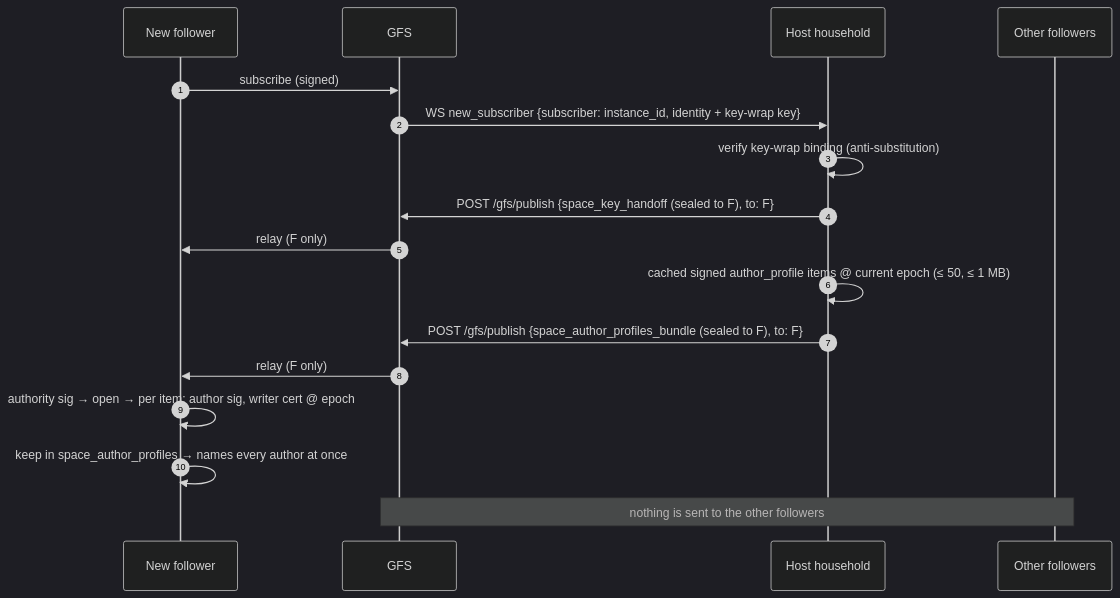
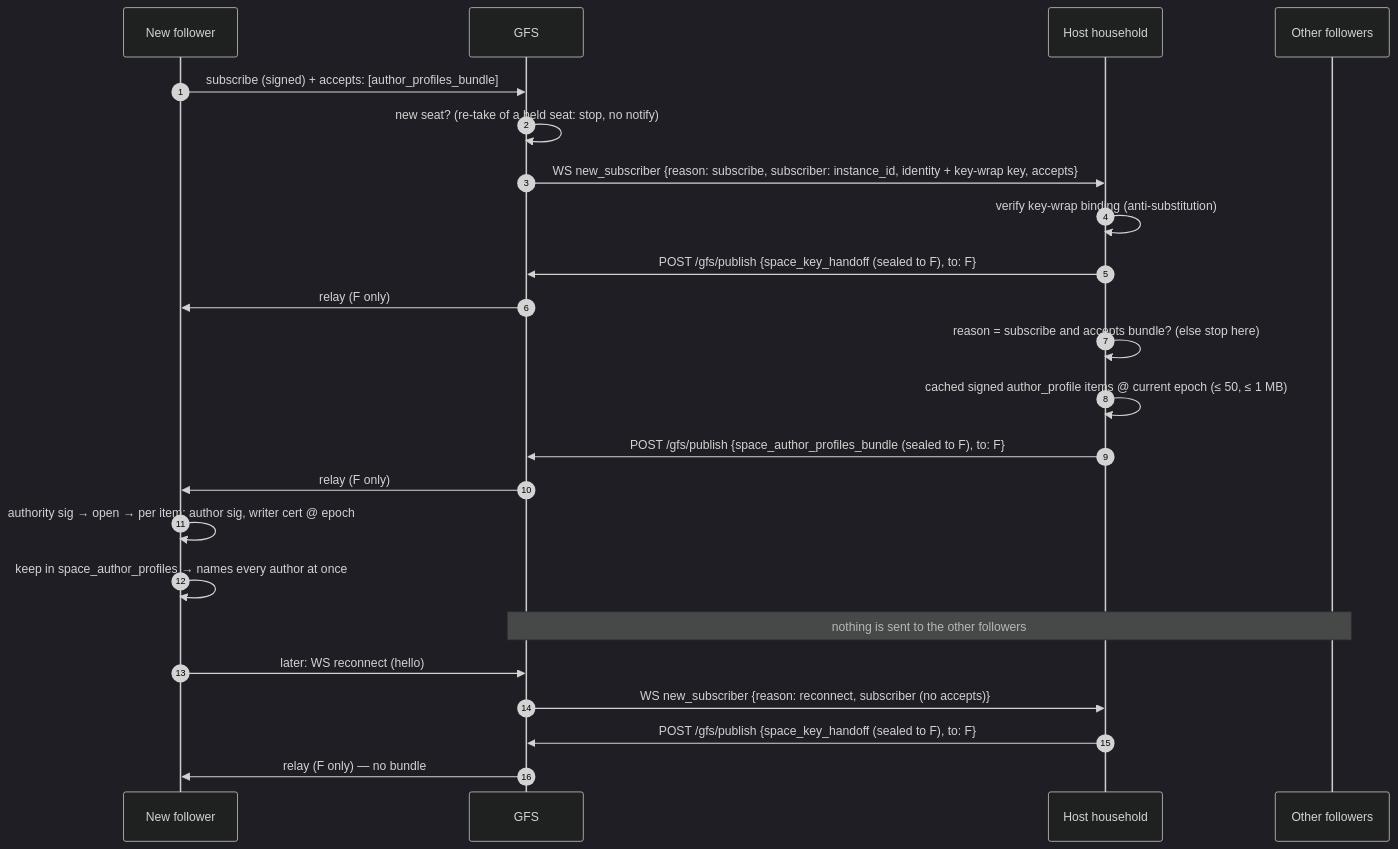
The seventh of 13 diagrams in docs/protocol/discovery.md (social-home-io/socialhome), drawn with Mermaid (dark theme) before and after one commit. The commit also changed other lines of this file and 5 other files, not shown here.

Commit message:
Docs + demo: new_subscriber reason/accepts, bundle once, reconnect step

````diff
--- a/docs/protocol/discovery.md
+++ b/docs/protocol/discovery.md
@@ -1630,20 +1669,26 @@
 ```mermaid
 sequenceDiagram
   autonumber
   participant F as New follower
   participant G as GFS
   participant H as Host household
   participant O as Other followers
 
-  F->>G: subscribe (signed)
-  G->>H: WS new_subscriber {subscriber: instance_id, identity + key-wrap key}
+  F->>G: subscribe (signed) + accepts: [author_profiles_bundle]
+  G->>G: new seat? (re-take of a held seat: stop, no notify)
+  G->>H: WS new_subscriber {reason: subscribe, subscriber: instance_id, identity + key-wrap key, accepts}
   H->>H: verify key-wrap binding (anti-substitution)
   H->>G: POST /gfs/publish {space_key_handoff (sealed to F), to: F}
   G->>F: relay (F only)
+  H->>H: reason = subscribe and accepts bundle? (else stop here)
   H->>H: cached signed author_profile items @ current epoch (≤ 50, ≤ 1 MB)
   H->>G: POST /gfs/publish {space_author_profiles_bundle (sealed to F), to: F}
   G->>F: relay (F only)
   F->>F: authority sig → open → per item: author sig, writer cert @ epoch
   F->>F: keep in space_author_profiles → names every author at once
   Note over G,O: nothing is sent to the other followers
+  F->>G: later: WS reconnect (hello)
+  G->>H: WS new_subscriber {reason: reconnect, subscriber (no accepts)}
+  H->>G: POST /gfs/publish {space_key_handoff (sealed to F), to: F}
+  G->>F: relay (F only) — no bundle
 ```
````
